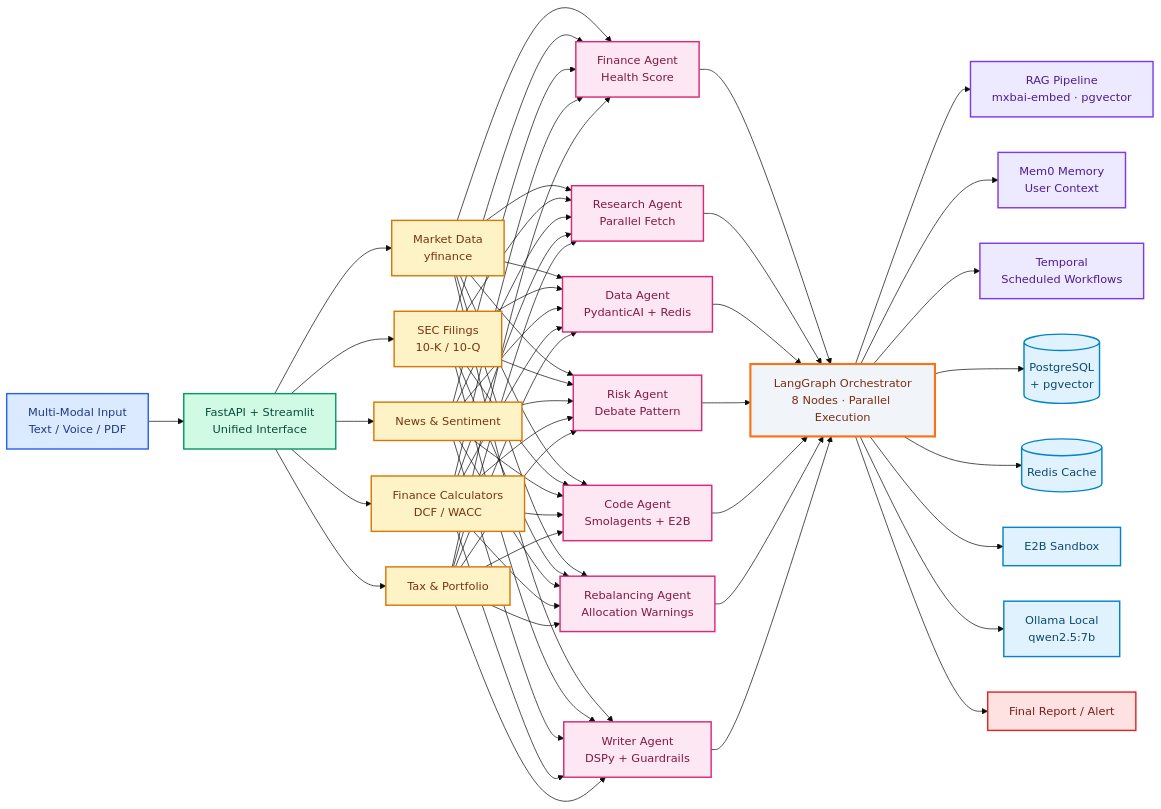
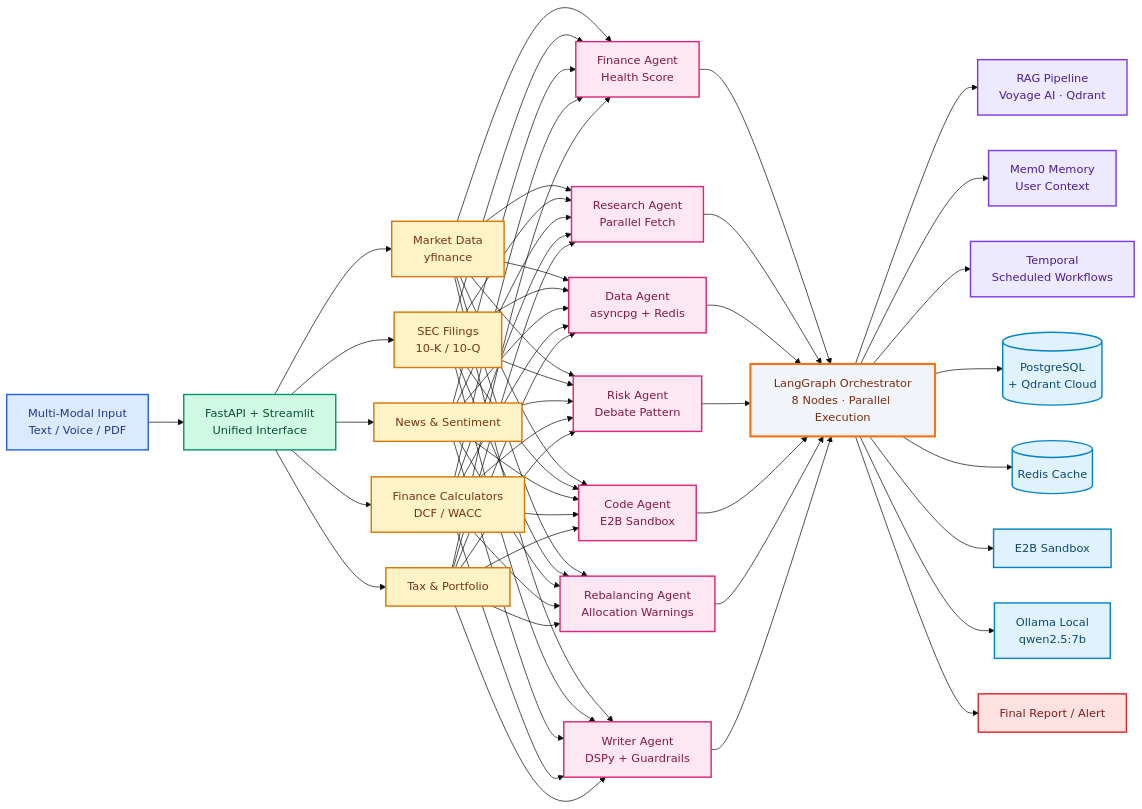
Before and after one commit to AmanDataGuy/WealthOS: the diagram in README.md, drawn with Mermaid (base theme). The commit also changed other lines of this file and 16 other files, not shown here.

````diff
--- a/README.md
+++ b/README.md
@@ -31,48 +31,48 @@
 ```mermaid
 flowchart LR
     %% Color Classes for Beautification
     classDef input fill:#dbeafe,stroke:#2563eb,stroke-width:2px,color:#1e3a8a
     classDef interface fill:#d1fae5,stroke:#059669,stroke-width:2px,color:#064e3b
     classDef mcp fill:#fef3c7,stroke:#d97706,stroke-width:2px,color:#78350f
     classDef agent fill:#fce7f3,stroke:#db2777,stroke-width:2px,color:#831843
     classDef orch fill:#f1f5f9,stroke:#f97316,stroke-width:3px,color:#7c2d12
     classDef intel fill:#ede9fe,stroke:#7c3aed,stroke-width:2px,color:#4c1d95
     classDef data fill:#e0f2fe,stroke:#0284c7,stroke-width:2px,color:#0c4a6e
     classDef output fill:#fee2e2,stroke:#dc2626,stroke-width:2px,color:#7f1d1d
 
     %% Row 1: Input and Interface
     Input[Multi-Modal Input<br>Text / Voice / PDF]:::input --> FastAPI[FastAPI + Streamlit<br>Unified Interface]:::interface
 
     %% Row 2: MCP Servers (Horizontal)
     FastAPI --> M1[Market Data<br>yfinance]:::mcp
     FastAPI --> M2[SEC Filings<br>10-K / 10-Q]:::mcp
     FastAPI --> M3[News & Sentiment]:::mcp
     FastAPI --> M4[Finance Calculators<br>DCF / WACC]:::mcp
     FastAPI --> M5[Tax & Portfolio]:::mcp
 
     %% Row 3: 7 Agents (Horizontal)
     M1 & M2 & M3 & M4 & M5 --> A1[Finance Agent<br>Health Score]:::agent
     M1 & M2 & M3 & M4 & M5 --> A2[Research Agent<br>Parallel Fetch]:::agent
-    M1 & M2 & M3 & M4 & M5 --> A3[Data Agent<br>PydanticAI + Redis]:::agent
+    M1 & M2 & M3 & M4 & M5 --> A3[Data Agent<br>asyncpg + Redis]:::agent
     M1 & M2 & M3 & M4 & M5 --> A4[Risk Agent<br>Debate Pattern]:::agent
-    M1 & M2 & M3 & M4 & M5 --> A5[Code Agent<br>Smolagents + E2B]:::agent
+    M1 & M2 & M3 & M4 & M5 --> A5[Code Agent<br>E2B Sandbox]:::agent
     M1 & M2 & M3 & M4 & M5 --> A6[Rebalancing Agent<br>Allocation Warnings]:::agent
     M1 & M2 & M3 & M4 & M5 --> A7[Writer Agent<br>DSPy + Guardrails]:::agent
 
     %% Row 4: Orchestrator
     A1 & A2 & A3 & A4 & A5 & A6 & A7 --> Orchestrator[LangGraph Orchestrator<br>8 Nodes · Parallel Execution]:::orch
 
     %% Row 5: Intelligence Layer (Horizontal)
-    Orchestrator --> RAG[RAG Pipeline<br>mxbai-embed · pgvector]:::intel
+    Orchestrator --> RAG[RAG Pipeline<br>Voyage AI · Qdrant]:::intel
     Orchestrator --> Mem0[Mem0 Memory<br>User Context]:::intel
     Orchestrator --> Temporal[Temporal<br>Scheduled Workflows]:::intel
 
     %% Row 6: Data Layer (Horizontal)
-    Orchestrator --> DB[(PostgreSQL<br>+ pgvector)]:::data
+    Orchestrator --> DB[(PostgreSQL<br>+ Qdrant Cloud)]:::data
     Orchestrator --> Cache[(Redis Cache)]:::data
     Orchestrator --> Sandbox[E2B Sandbox]:::data
     Orchestrator --> Ollama[Ollama Local<br>qwen2.5:7b]:::data
 
     %% Row 7: Output
     Orchestrator --> Output[Final Report / Alert]:::output
 ```
````
